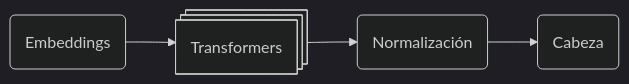
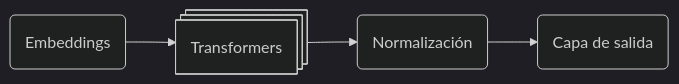
The diagram in src/content/articulos/chiquito-llms-en-hardware-modesto.mdx (elcapo/carloscapote.com), drawn with Mermaid (dark theme) before and after one commit. The commit also changed other lines of this file, not shown here.

````diff
--- a/src/content/articulos/chiquito-llms-en-hardware-modesto.mdx
+++ b/src/content/articulos/chiquito-llms-en-hardware-modesto.mdx
@@ -174,6 +176,6 @@
 ```mermaid
 flowchart LR
     C(Embeddings) --> D@{ shape: processes, label: "Transformers" }
     D --> E(Normalización)
-    E --> F(Cabeza)
+    E --> F(Capa de salida)
 ```
````
